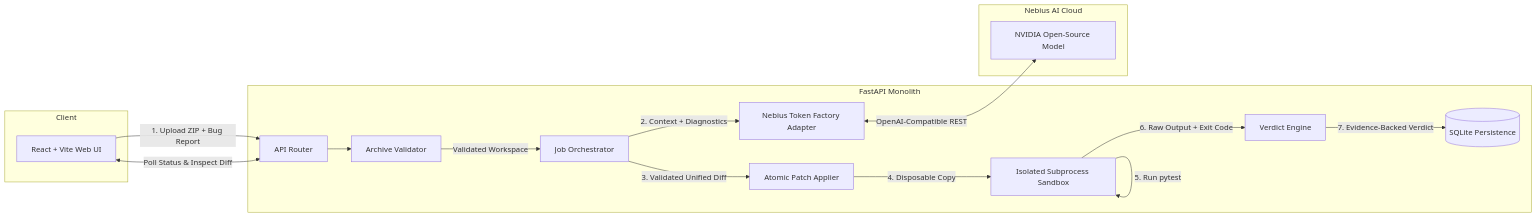
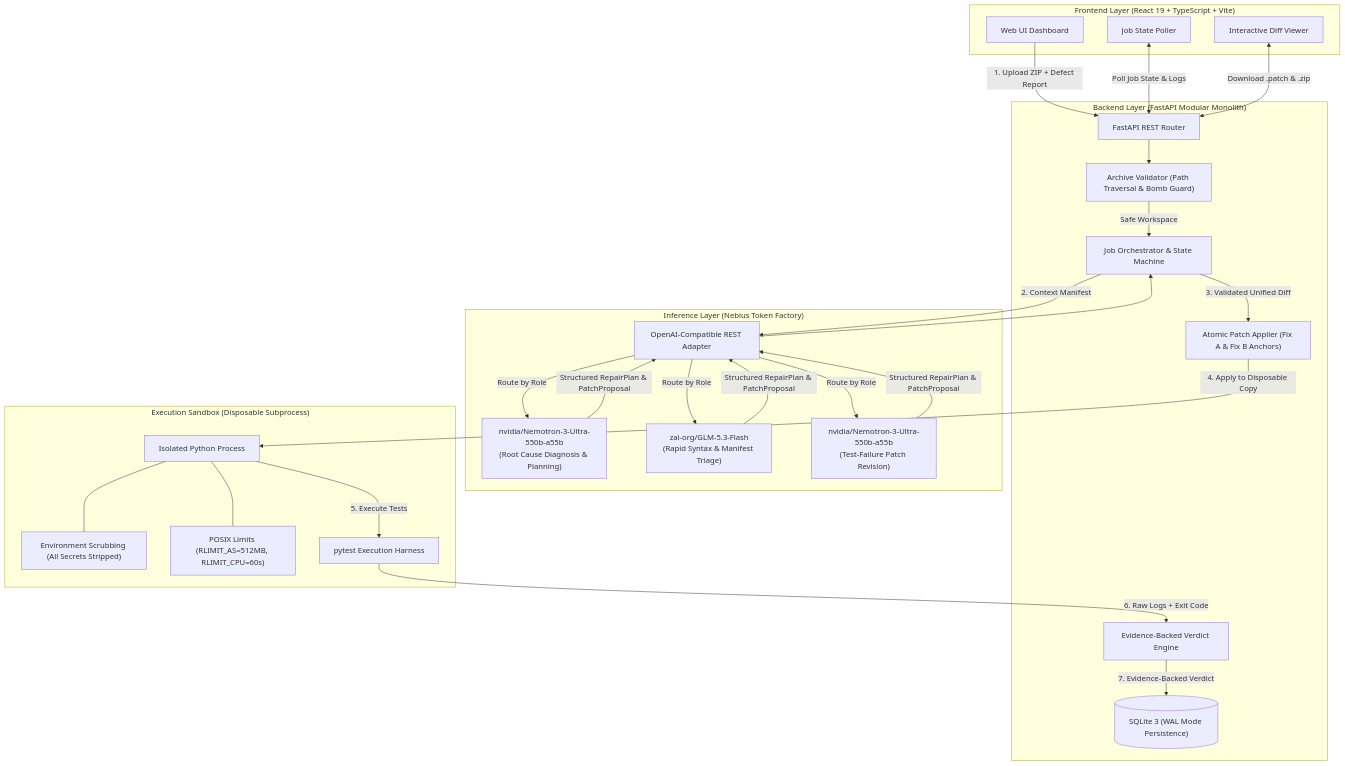
One commit to pranavhm25/ProofPatch-NebiusXNvidia changed the first of 2 diagrams in README.md. Above: the diagram before and after it, drawn with Mermaid. The commit also changed other lines of this file and 26 other files, not shown here.

Commit message:
docs: revamp README with system architecture, all UI screenshots, and live benchmarks

````diff
--- a/README.md
+++ b/README.md
@@ -22,31 +66,50 @@
 ```mermaid
-flowchart LR
-    subgraph Client
-        UI[React + Vite Web UI]
-    end
-    subgraph Backend [FastAPI Monolith]
-        API[API Router]
-        ARCH[Archive Validator]
-        ORCH[Job Orchestrator]
-        LLM[Nebius Token Factory Adapter]
-        PATCH[Atomic Patch Applier]
-        BOX[Isolated Subprocess Sandbox]
-        VERIFY[Verdict Engine]
-        DB[(SQLite Persistence)]
-    end
-    subgraph External [Nebius AI Cloud]
-        NVIDIA[NVIDIA Open-Source Model]
+flowchart TD
+    subgraph Client ["Frontend Layer (React 19 + TypeScript + Vite)"]
+        UI["Web UI Dashboard"]
+        DIFF["Interactive Diff Viewer"]
+        POLL["Job State Poller"]
     end
 
-    UI -->|1. Upload ZIP + Bug Report| API
+    subgraph Backend ["Backend Layer (FastAPI Modular Monolith)"]
+        API["FastAPI REST Router"]
+        ARCH["Archive Validator (Path Traversal & Bomb Guard)"]
+        ORCH["Job Orchestrator & State Machine"]
+        PATCH["Atomic Patch Applier (Fix A & Fix B Anchors)"]
+        VERIFY["Evidence-Backed Verdict Engine"]
+        DB[("SQLite 3 (WAL Mode Persistence)")]
+    end
+
+    subgraph NebiusCloud ["Inference Layer (Nebius Token Factory)"]
+        ADAPTER["OpenAI-Compatible REST Adapter"]
+        REASONING["nvidia/Nemotron-3-Ultra-550b-a55b\n(Root Cause Diagnosis & Planning)"]
+        FAST["zai-org/GLM-5.3-Flash\n(Rapid Syntax & Manifest Triage)"]
+        ADVANCED["nvidia/Nemotron-3-Ultra-550b-a55b\n(Test-Failure Patch Revision)"]
+    end
+
+    subgraph Sandbox ["Execution Sandbox (Disposable Subprocess)"]
+        SUBPROC["Isolated Python Process"]
+        ENV["Environment Scrubbing (All Secrets Stripped)"]
+        POSIX["POSIX Limits (RLIMIT_AS=512MB, RLIMIT_CPU=60s)"]
+        PYTEST["pytest Execution Harness"]
+    end
+
+    UI -->|1. Upload ZIP + Defect Report| API
     API --> ARCH
-    ARCH -->|Validated Workspace| ORCH
-    ORCH -->|2. Context + Diagnostics| LLM
-    LLM <-->|OpenAI-Compatible REST| NVIDIA
+    ARCH -->|Safe Workspace| ORCH
+    ORCH -->|2. Context Manifest| ADAPTER
+    ADAPTER -->|Route by Role| REASONING
+    ADAPTER -->|Route by Role| FAST
+    ADAPTER -->|Route by Role| ADVANCED
+    REASONING & FAST & ADVANCED -->|Structured RepairPlan & PatchProposal| ADAPTER
+    ADAPTER --> ORCH
     ORCH -->|3. Validated Unified Diff| PATCH
-    PATCH -->|4. Disposable Copy| BOX
-    BOX -->|5. Run pytest| BOX
-    BOX -->|6. Raw Output + Exit Code| VERIFY
+    PATCH -->|4. Apply to Disposable Copy| SUBPROC
+    SUBPROC --- ENV
+    SUBPROC --- POSIX
+    SUBPROC -->|5. Execute Tests| PYTEST
+    PYTEST -->|6. Raw Logs + Exit Code| VERIFY
     VERIFY -->|7. Evidence-Backed Verdict| DB
-    UI <-->|Poll Status & Inspect Diff| API
+    POLL <-->|Poll Job State & Logs| API
+    DIFF <-->|Download .patch & .zip| API
 ```
````
